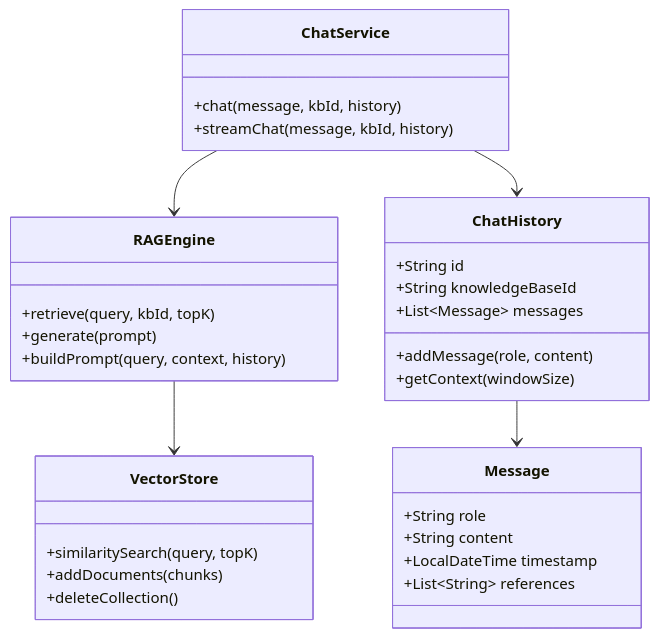
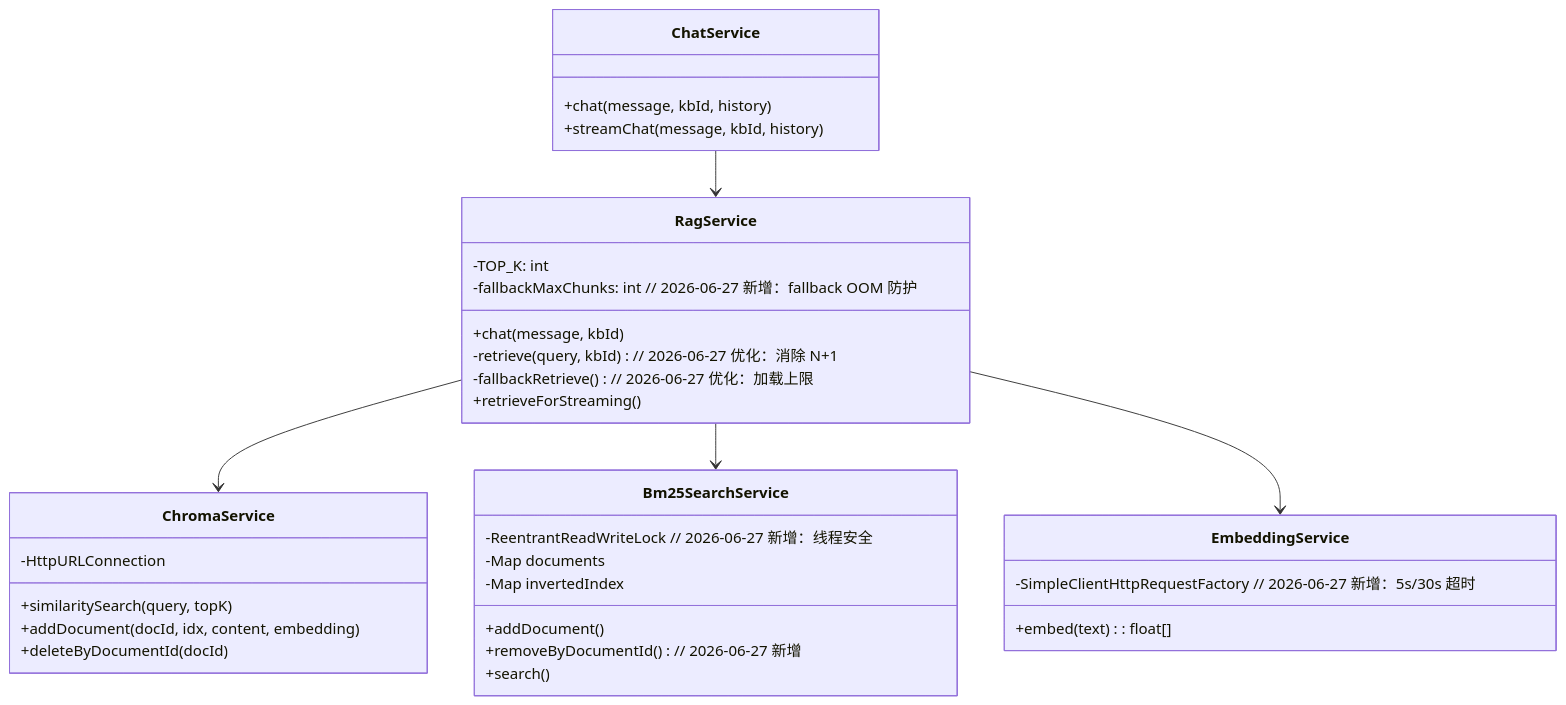
The eighth of 13 diagrams in docs/plans/2026-03-15-rag-qa-design.md (Ruadgedy/RAG-demo), drawn with Mermaid before and after one commit. The commit also changed other lines of this file and 9 other files, not shown here.

````diff
--- a/docs/plans/2026-03-15-rag-qa-design.md
+++ b/docs/plans/2026-03-15-rag-qa-design.md
@@ -244,39 +388,42 @@
 ```mermaid
 classDiagram
     class ChatService {
         +chat(message, kbId, history)
         +streamChat(message, kbId, history)
     }
-    
-    class RAGEngine {
-        +retrieve(query, kbId, topK)
-        +generate(prompt)
-        +buildPrompt(query, context, history)
+
+    class RagService {
+        -TOP_K: int
+        -fallbackMaxChunks: int  // 2026-06-27 新增：fallback OOM 防护
+        +chat(message, kbId)
+        -retrieve(query, kbId)    // 2026-06-27 优化：消除 N+1
+        -fallbackRetrieve()       // 2026-06-27 优化：加载上限
+        +retrieveForStreaming()
     }
-    
-    class VectorStore {
+
+    class ChromaService {
+        -HttpURLConnection
         +similaritySearch(query, topK)
-        +addDocuments(chunks)
-        +deleteCollection()
+        +addDocument(docId, idx, content, embedding)
+        +deleteByDocumentId(docId)
     }
-    
-    class ChatHistory {
-        +String id
-        +String knowledgeBaseId
-        +List~Message~ messages
-        +addMessage(role, content)
-        +getContext(windowSize)
+
+    class Bm25SearchService {
+        -ReentrantReadWriteLock  // 2026-06-27 新增：线程安全
+        -Map documents
+        -Map invertedIndex
+        +addDocument()
+        +removeByDocumentId()  // 2026-06-27 新增
+        +search()
     }
-    
-    class Message {
-        +String role
-        +String content
-        +LocalDateTime timestamp
-        +List~String~ references
+
+    class EmbeddingService {
+        -SimpleClientHttpRequestFactory  // 2026-06-27 新增：5s/30s 超时
+        +embed(text): float[]
     }
-    
-    ChatService --> RAGEngine
-    RAGEngine --> VectorStore
-    ChatService --> ChatHistory
-    ChatHistory --> Message
+
+    ChatService --> RagService
+    RagService --> ChromaService
+    RagService --> Bm25SearchService
+    RagService --> EmbeddingService
 ```
````
